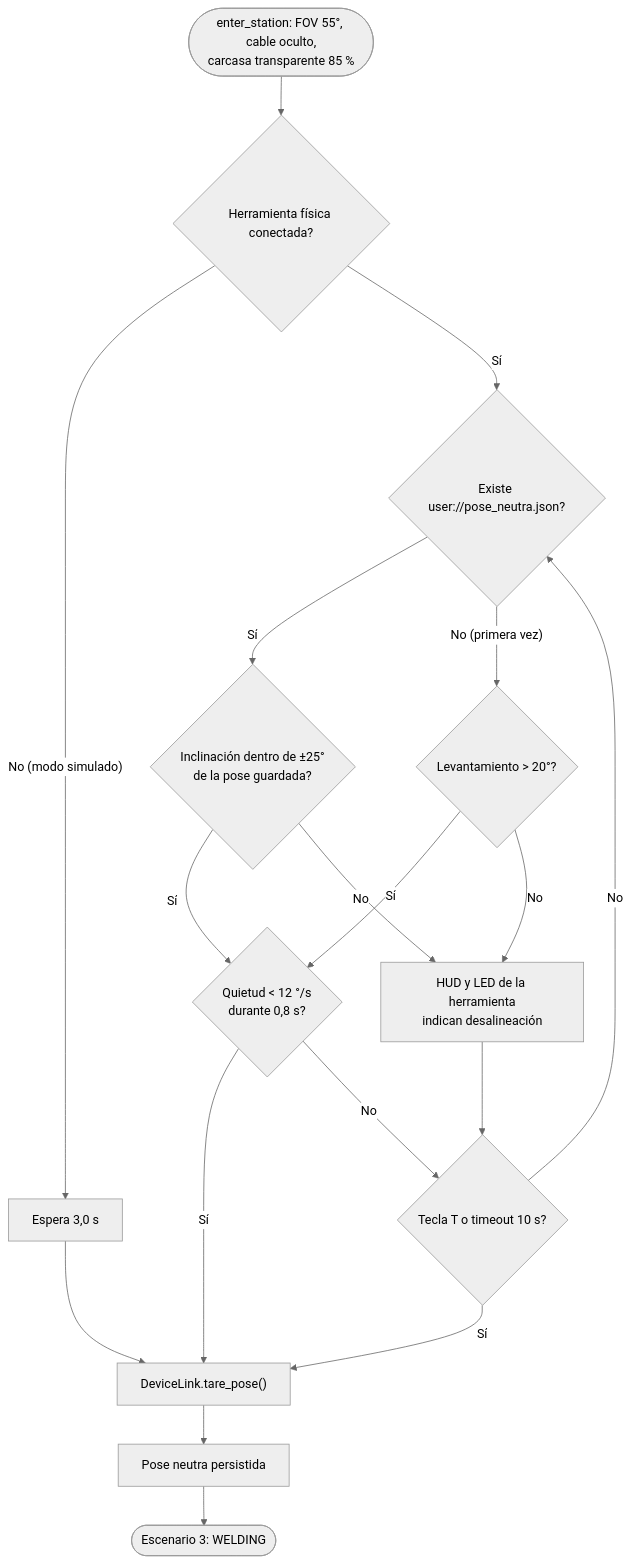
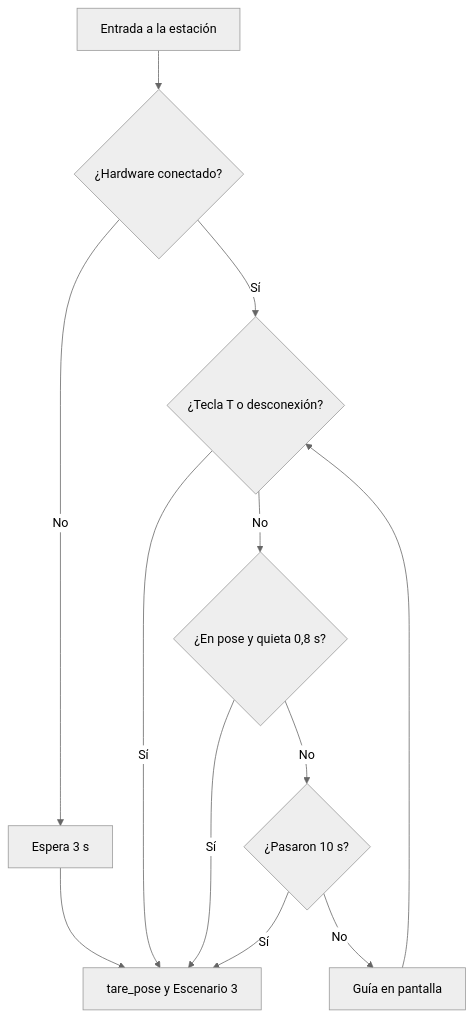
One commit to lucho-albanez/Trabajo_integrador_RV changed the eighth of 10 diagrams in informe_tecnico.md. Above: the diagram before and after it, drawn with Mermaid (neutral theme). The commit also changed other lines of this file and 1 other file, not shown here.

````diff
--- a/informe_tecnico.md
+++ b/informe_tecnico.md
@@ -967,18 +787,12 @@
 ```mermaid
 flowchart TD
-    A(["enter_station: FOV 55°, cable oculto,<br/>carcasa transparente 85 %"]) --> B{"Herramienta física conectada?"}
-    B -- "No (modo simulado)" --> C["Espera 3,0 s"] --> T["DeviceLink.tare_pose()"]
-    B -- "Sí" --> D{"Existe user://pose_neutra.json?"}
-    D -- "Sí" --> E{"Inclinación dentro de ±25°<br/>de la pose guardada?"}
-    D -- "No (primera vez)" --> F{"Levantamiento > 20°?"}
-    E -- "Sí" --> G{"Quietud < 12 °/s<br/>durante 0,8 s?"}
-    F -- "Sí" --> G
-    E -- "No" --> W["HUD y LED de la herramienta<br/>indican desalineación"]
-    F -- "No" --> W
-    W --> H{"Tecla T o timeout 10 s?"}
-    H -- "No" --> D
-    H -- "Sí" --> T
-    G -- "Sí" --> T
-    G -- "No" --> H
-    T --> P["Pose neutra persistida"] --> Z(["Escenario 3: WELDING"])
+    A["Entrada a la estación"] --> B{"¿Hardware conectado?"}
+    B -->|"No"| C["Espera 3 s"] --> Z["tare_pose y Escenario 3"]
+    B -->|"Sí"| D{"¿Tecla T o desconexión?"}
+    D -->|"Sí"| Z
+    D -->|"No"| E{"¿En pose y quieta 0,8 s?"}
+    E -->|"Sí"| Z
+    E -->|"No"| F{"¿Pasaron 10 s?"}
+    F -->|"Sí"| Z
+    F -->|"No"| G["Guía en pantalla"] --> D
 ```
````
